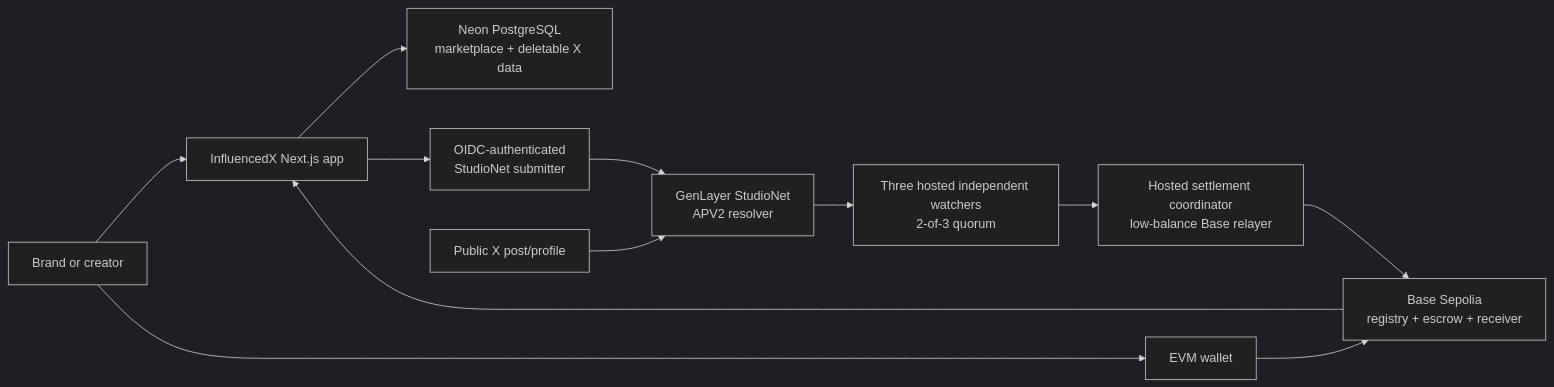
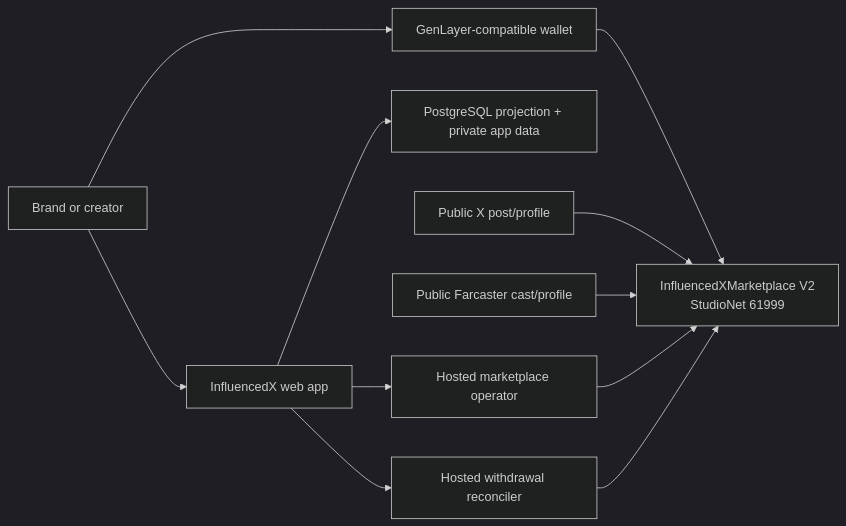
Before and after one commit to Leokings/InfluencedX: the diagram in README.md, drawn with Mermaid (dark theme). The commit also changed other lines of this file and 150 other files, not shown here.

Commit message:
Complete GenLayer-native InfluencedX product

````diff
--- a/README.md
+++ b/README.md
@@ -54,14 +62,13 @@
 ```mermaid
 flowchart LR
-    U["Brand or creator"] --> UI["InfluencedX Next.js app"]
-    U --> W["EVM wallet"]
-    UI --> DB["Neon PostgreSQL<br/>marketplace + deletable X data"]
-    W --> BASE["Base Sepolia<br/>registry + escrow + receiver"]
-    UI --> SUB["OIDC-authenticated<br/>StudioNet submitter"]
-    SUB --> GL["GenLayer StudioNet<br/>APV2 resolver"]
+    U["Brand or creator"] --> APP["InfluencedX web app"]
+    U --> WALLET["GenLayer-compatible wallet"]
+    APP --> DB["PostgreSQL projection + private app data"]
+    WALLET --> GL["InfluencedXMarketplace V2<br/>StudioNet 61999"]
     X["Public X post/profile"] --> GL
-    GL --> Q["Three hosted independent watchers<br/>2-of-3 quorum"]
-    Q --> R["Hosted settlement coordinator<br/>low-balance Base relayer"]
-    R --> BASE
-    BASE --> UI
+    F["Public Farcaster cast/profile"] --> GL
+    APP --> OP["Hosted marketplace operator"]
+    OP --> GL
+    APP --> WR["Hosted withdrawal reconciler"]
+    WR --> GL
 ```
````
